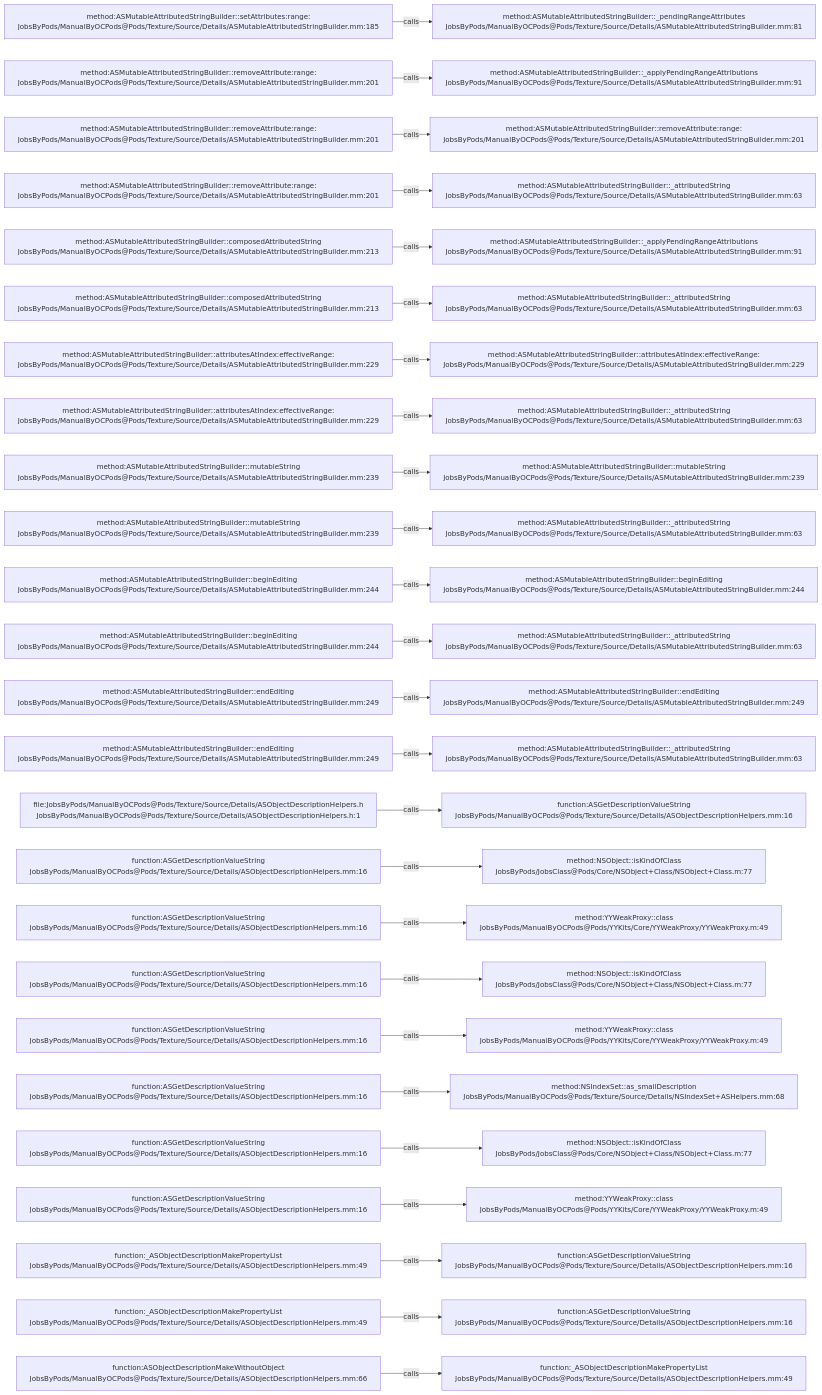
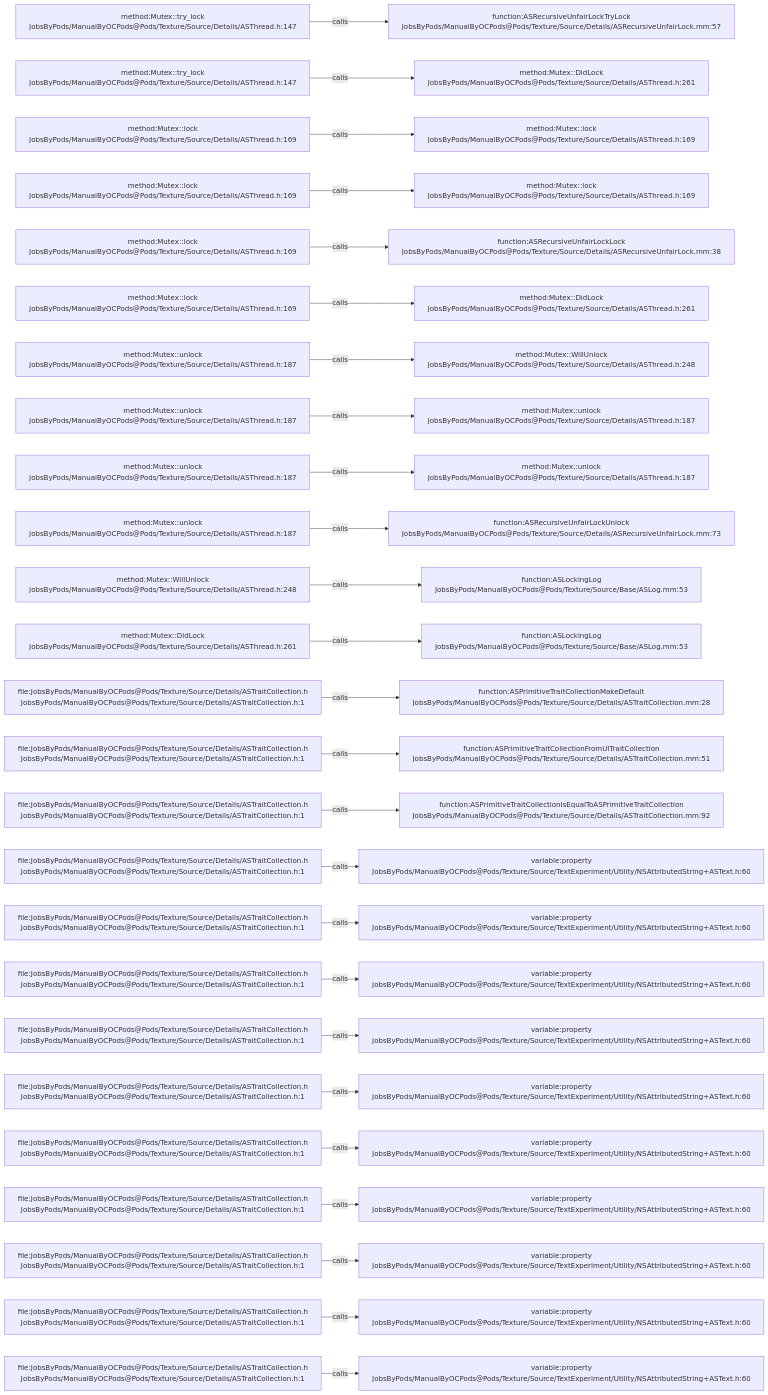
Before and after one commit to JobsKits/JobsOCBaseConfigDemo: the diagram in .codegraph/codegraph.md/graphs/calls-158.md, drawn with Mermaid. The commit also changed 1448 other files, not shown here.

````diff
--- a/.codegraph/codegraph.md/graphs/calls-158.md
+++ b/.codegraph/codegraph.md/graphs/calls-158.md
@@ -13,78 +13,78 @@
 ```mermaid
 flowchart LR
-  S1["method:ASMutableAttributedStringBuilder::setAttributes:range:<br/>JobsByPods/ManualByOCPods@Pods/Texture/Source/Details/ASMutableAttributedStringBuilder.mm:185"]
-  T1["method:ASMutableAttributedStringBuilder::_pendingRangeAttributes<br/>JobsByPods/ManualByOCPods@Pods/Texture/Source/Details/ASMutableAttributedStringBuilder.mm:81"]
+  S1["method:Mutex::try_lock<br/>JobsByPods/ManualByOCPods@Pods/Texture/Source/Details/ASThread.h:147"]
+  T1["function:ASRecursiveUnfairLockTryLock<br/>JobsByPods/ManualByOCPods@Pods/Texture/Source/Details/ASRecursiveUnfairLock.mm:57"]
   S1 -->|calls| T1
-  S2["method:ASMutableAttributedStringBuilder::removeAttribute:range:<br/>JobsByPods/ManualByOCPods@Pods/Texture/Source/Details/ASMutableAttributedStringBuilder.mm:201"]
-  T2["method:ASMutableAttributedStringBuilder::_applyPendingRangeAttributions<br/>JobsByPods/ManualByOCPods@Pods/Texture/Source/Details/ASMutableAttributedStringBuilder.mm:91"]
+  S2["method:Mutex::try_lock<br/>JobsByPods/ManualByOCPods@Pods/Texture/Source/Details/ASThread.h:147"]
+  T2["method:Mutex::DidLock<br/>JobsByPods/ManualByOCPods@Pods/Texture/Source/Details/ASThread.h:261"]
   S2 -->|calls| T2
-  S3["method:ASMutableAttributedStringBuilder::removeAttribute:range:<br/>JobsByPods/ManualByOCPods@Pods/Texture/Source/Details/ASMutableAttributedStringBuilder.mm:201"]
-  T3["method:ASMutableAttributedStringBuilder::removeAttribute:range:<br/>JobsByPods/ManualByOCPods@Pods/Texture/Source/Details/ASMutableAttributedStringBuilder.mm:201"]
+  S3["method:Mutex::lock<br/>JobsByPods/ManualByOCPods@Pods/Texture/Source/Details/ASThread.h:169"]
+  T3["method:Mutex::lock<br/>JobsByPods/ManualByOCPods@Pods/Texture/Source/Details/ASThread.h:169"]
   S3 -->|calls| T3
-  S4["method:ASMutableAttributedStringBuilder::removeAttribute:range:<br/>JobsByPods/ManualByOCPods@Pods/Texture/Source/Details/ASMutableAttributedStringBuilder.mm:201"]
-  T4["method:ASMutableAttributedStringBuilder::_attributedString<br/>JobsByPods/ManualByOCPods@Pods/Texture/Source/Details/ASMutableAttributedStringBuilder.mm:63"]
+  S4["method:Mutex::lock<br/>JobsByPods/ManualByOCPods@Pods/Texture/Source/Details/ASThread.h:169"]
+  T4["method:Mutex::lock<br/>JobsByPods/ManualByOCPods@Pods/Texture/Source/Details/ASThread.h:169"]
   S4 -->|calls| T4
-  S5["method:ASMutableAttributedStringBuilder::composedAttributedString<br/>JobsByPods/ManualByOCPods@Pods/Texture/Source/Details/ASMutableAttributedStringBuilder.mm:213"]
-  T5["method:ASMutableAttributedStringBuilder::_applyPendingRangeAttributions<br/>JobsByPods/ManualByOCPods@Pods/Texture/Source/Details/ASMutableAttributedStringBuilder.mm:91"]
+  S5["method:Mutex::lock<br/>JobsByPods/ManualByOCPods@Pods/Texture/Source/Details/ASThread.h:169"]
+  T5["function:ASRecursiveUnfairLockLock<br/>JobsByPods/ManualByOCPods@Pods/Texture/Source/Details/ASRecursiveUnfairLock.mm:38"]
   S5 -->|calls| T5
-  S6["method:ASMutableAttributedStringBuilder::composedAttributedString<br/>JobsByPods/ManualByOCPods@Pods/Texture/Source/Details/ASMutableAttributedStringBuilder.mm:213"]
-  T6["method:ASMutableAttributedStringBuilder::_attributedString<br/>JobsByPods/ManualByOCPods@Pods/Texture/Source/Details/ASMutableAttributedStringBuilder.mm:63"]
+  S6["method:Mutex::lock<br/>JobsByPods/ManualByOCPods@Pods/Texture/Source/Details/ASThread.h:169"]
+  T6["method:Mutex::DidLock<br/>JobsByPods/ManualByOCPods@Pods/Texture/Source/Details/ASThread.h:261"]
   S6 -->|calls| T6
-  S7["method:ASMutableAttributedStringBuilder::attributesAtIndex:effectiveRange:<br/>JobsByPods/ManualByOCPods@Pods/Texture/Source/Details/ASMutableAttributedStringBuilder.mm:229"]
-  T7["method:ASMutableAttributedStringBuilder::attributesAtIndex:effectiveRange:<br/>JobsByPods/ManualByOCPods@Pods/Texture/Source/Details/ASMutableAttributedStringBuilder.mm:229"]
+  S7["method:Mutex::unlock<br/>JobsByPods/ManualByOCPods@Pods/Texture/Source/Details/ASThread.h:187"]
+  T7["method:Mutex::WillUnlock<br/>JobsByPods/ManualByOCPods@Pods/Texture/Source/Details/ASThread.h:248"]
   S7 -->|calls| T7
-  S8["method:ASMutableAttributedStringBuilder::attributesAtIndex:effectiveRange:<br/>JobsByPods/ManualByOCPods@Pods/Texture/Source/Details/ASMutableAttributedStringBuilder.mm:229"]
-  T8["method:ASMutableAttributedStringBuilder::_attributedString<br/>JobsByPods/ManualByOCPods@Pods/Texture/Source/Details/ASMutableAttributedStringBuilder.mm:63"]
+  S8["method:Mutex::unlock<br/>JobsByPods/ManualByOCPods@Pods/Texture/Source/Details/ASThread.h:187"]
+  T8["method:Mutex::unlock<br/>JobsByPods/ManualByOCPods@Pods/Texture/Source/Details/ASThread.h:187"]
   S8 -->|calls| T8
-  S9["method:ASMutableAttributedStringBuilder::mutableString<br/>JobsByPods/ManualByOCPods@Pods/Texture/Source/Details/ASMutableAttributedStringBuilder.mm:239"]
-  T9["method:ASMutableAttributedStringBuilder::mutableString<br/>JobsByPods/ManualByOCPods@Pods/Texture/Source/Details/ASMutableAttributedStringBuilder.mm:239"]
+  S9["method:Mutex::unlock<br/>JobsByPods/ManualByOCPods@Pods/Texture/Source/Details/ASThread.h:187"]
+  T9["method:Mutex::unlock<br/>JobsByPods/ManualByOCPods@Pods/Texture/Source/Details/ASThread.h:187"]
   S9 -->|calls| T9
-  S10["method:ASMutableAttributedStringBuilder::mutableString<br/>JobsByPods/ManualByOCPods@Pods/Texture/Source/Details/ASMutableAttributedStringBuilder.mm:239"]
-  T10["method:ASMutableAttributedStringBuilder::_attributedString<br/>JobsByPods/ManualByOCPods@Pods/Texture/Source/Details/ASMutableAttributedStringBuilder.mm:63"]
+  S10["method:Mutex::unlock<br/>JobsByPods/ManualByOCPods@Pods/Texture/Source/Details/ASThread.h:187"]
+  T10["function:ASRecursiveUnfairLockUnlock<br/>JobsByPods/ManualByOCPods@Pods/Texture/Source/Details/ASRecursiveUnfairLock.mm:73"]
   S10 -->|calls| T10
-  S11["method:ASMutableAttributedStringBuilder::beginEditing<br/>JobsByPods/ManualByOCPods@Pods/Texture/Source/Details/ASMutableAttributedStringBuilder.mm:244"]
-  T11["method:ASMutableAttributedStringBuilder::beginEditing<br/>JobsByPods/ManualByOCPods@Pods/Texture/Source/Details/ASMutableAttributedStringBuilder.mm:244"]
+  S11["method:Mutex::WillUnlock<br/>JobsByPods/ManualByOCPods@Pods/Texture/Source/Details/ASThread.h:248"]
+  T11["function:ASLockingLog<br/>JobsByPods/ManualByOCPods@Pods/Texture/Source/Base/ASLog.mm:53"]
   S11 -->|calls| T11
-  S12["method:ASMutableAttributedStringBuilder::beginEditing<br/>JobsByPods/ManualByOCPods@Pods/Texture/Source/Details/ASMutableAttributedStringBuilder.mm:244"]
-  T12["method:ASMutableAttributedStringBuilder::_attributedString<br/>JobsByPods/ManualByOCPods@Pods/Texture/Source/Details/ASMutableAttributedStringBuilder.mm:63"]
+  S12["method:Mutex::DidLock<br/>JobsByPods/ManualByOCPods@Pods/Texture/Source/Details/ASThread.h:261"]
+  T12["function:ASLockingLog<br/>JobsByPods/ManualByOCPods@Pods/Texture/Source/Base/ASLog.mm:53"]
   S12 -->|calls| T12
-  S13["method:ASMutableAttributedStringBuilder::endEditing<br/>JobsByPods/ManualByOCPods@Pods/Texture/Source/Details/ASMutableAttributedStringBuilder.mm:249"]
-  T13["method:ASMutableAttributedStringBuilder::endEditing<br/>JobsByPods/ManualByOCPods@Pods/Texture/Source/Details/ASMutableAttributedStringBuilder.mm:249"]
+  S13["file:JobsByPods/ManualByOCPods@Pods/Texture/Source/Details/ASTraitCollection.h<br/>JobsByPods/ManualByOCPods@Pods/Texture/Source/Details/ASTraitCollection.h:1"]
+  T13["function:ASPrimitiveTraitCollectionMakeDefault<br/>JobsByPods/ManualByOCPods@Pods/Texture/Source/Details/ASTraitCollection.mm:28"]
   S13 -->|calls| T13
-  S14["method:ASMutableAttributedStringBuilder::endEditing<br/>JobsByPods/ManualByOCPods@Pods/Texture/Source/Details/ASMutableAttributedStringBuilder.mm:249"]
-  T14["method:ASMutableAttributedStringBuilder::_attributedString<br/>JobsByPods/ManualByOCPods@Pods/Texture/Source/Details/ASMutableAttributedStringBuilder.mm:63"]
+  S14["file:JobsByPods/ManualByOCPods@Pods/Texture/Source/Details/ASTraitCollection.h<br/>JobsByPods/ManualByOCPods@Pods/Texture/Source/Details/ASTraitCollection.h:1"]
+  T14["function:ASPrimitiveTraitCollectionFromUITraitCollection<br/>JobsByPods/ManualByOCPods@Pods/Texture/Source/Details/ASTraitCollection.mm:51"]
   S14 -->|calls| T14
-  S15["file:JobsByPods/ManualByOCPods@Pods/Texture/Source/Details/ASObjectDescriptionHelpers.h<br/>JobsByPods/ManualByOCPods@Pods/Texture/Source/Details/ASObjectDescriptionHelpers.h:1"]
-  T15["function:ASGetDescriptionValueString<br/>JobsByPods/ManualByOCPods@Pods/Texture/Source/Details/ASObjectDescriptionHelpers.mm:16"]
+  S15["file:JobsByPods/ManualByOCPods@Pods/Texture/Source/Details/ASTraitCollection.h<br/>JobsByPods/ManualByOCPods@Pods/Texture/Source/Details/ASTraitCollection.h:1"]
+  T15["function:ASPrimitiveTraitCollectionIsEqualToASPrimitiveTraitCollection<br/>JobsByPods/ManualByOCPods@Pods/Texture/Source/Details/ASTraitCollection.mm:92"]
   S15 -->|calls| T15
-  S16["function:ASGetDescriptionValueString<br/>JobsByPods/ManualByOCPods@Pods/Texture/Source/Details/ASObjectDescriptionHelpers.mm:16"]
-  T16["method:NSObject::isKindOfClass<br/>JobsByPods/JobsClass@Pods/Core/NSObject+Class/NSObject+Class.m:77"]
+  S16["file:JobsByPods/ManualByOCPods@Pods/Texture/Source/Details/ASTraitCollection.h<br/>JobsByPods/ManualByOCPods@Pods/Texture/Source/Details/ASTraitCollection.h:1"]
+  T16["variable:property<br/>JobsByPods/ManualByOCPods@Pods/Texture/Source/TextExperiment/Utility/NSAttributedString+ASText.h:60"]
   S16 -->|calls| T16
-  S17["function:ASGetDescriptionValueString<br/>JobsByPods/ManualByOCPods@Pods/Texture/Source/Details/ASObjectDescriptionHelpers.mm:16"]
-  T17["method:YYWeakProxy::class<br/>JobsByPods/ManualByOCPods@Pods/YYKits/Core/YYWeakProxy/YYWeakProxy.m:49"]
+  S17["file:JobsByPods/ManualByOCPods@Pods/Texture/Source/Details/ASTraitCollection.h<br/>JobsByPods/ManualByOCPods@Pods/Texture/Source/Details/ASTraitCollection.h:1"]
+  T17["variable:property<br/>JobsByPods/ManualByOCPods@Pods/Texture/Source/TextExperiment/Utility/NSAttributedString+ASText.h:60"]
   S17 -->|calls| T17
-  S18["function:ASGetDescriptionValueString<br/>JobsByPods/ManualByOCPods@Pods/Texture/Source/Details/ASObjectDescriptionHelpers.mm:16"]
-  T18["method:NSObject::isKindOfClass<br/>JobsByPods/JobsClass@Pods/Core/NSObject+Class/NSObject+Class.m:77"]
+  S18["file:JobsByPods/ManualByOCPods@Pods/Texture/Source/Details/ASTraitCollection.h<br/>JobsByPods/ManualByOCPods@Pods/Texture/Source/Details/ASTraitCollection.h:1"]
+  T18["variable:property<br/>JobsByPods/ManualByOCPods@Pods/Texture/Source/TextExperiment/Utility/NSAttributedString+ASText.h:60"]
   S18 -->|calls| T18
-  S19["function:ASGetDescriptionValueString<br/>JobsByPods/ManualByOCPods@Pods/Texture/Source/Details/ASObjectDescriptionHelpers.mm:16"]
-  T19["method:YYWeakProxy::class<br/>JobsByPods/ManualByOCPods@Pods/YYKits/Core/YYWeakProxy/YYWeakProxy.m:49"]
+  S19["file:JobsByPods/ManualByOCPods@Pods/Texture/Source/Details/ASTraitCollection.h<br/>JobsByPods/ManualByOCPods@Pods/Texture/Source/Details/ASTraitCollection.h:1"]
+  T19["variable:property<br/>JobsByPods/ManualByOCPods@Pods/Texture/Source/TextExperiment/Utility/NSAttributedString+ASText.h:60"]
   S19 -->|calls| T19
-  S20["function:ASGetDescriptionValueString<br/>JobsByPods/ManualByOCPods@Pods/Texture/Source/Details/ASObjectDescriptionHelpers.mm:16"]
-  T20["method:NSIndexSet::as_smallDescription<br/>JobsByPods/ManualByOCPods@Pods/Texture/Source/Details/NSIndexSet+ASHelpers.mm:68"]
+  S20["file:JobsByPods/ManualByOCPods@Pods/Texture/Source/Details/ASTraitCollection.h<br/>JobsByPods/ManualByOCPods@Pods/Texture/Source/Details/ASTraitCollection.h:1"]
+  T20["variable:property<br/>JobsByPods/ManualByOCPods@Pods/Texture/Source/TextExperiment/Utility/NSAttributedString+ASText.h:60"]
   S20 -->|calls| T20
-  S21["function:ASGetDescriptionValueString<br/>JobsByPods/ManualByOCPods@Pods/Texture/Source/Details/ASObjectDescriptionHelpers.mm:16"]
-  T21["method:NSObject::isKindOfClass<br/>JobsByPods/JobsClass@Pods/Core/NSObject+Class/NSObject+Class.m:77"]
+  S21["file:JobsByPods/ManualByOCPods@Pods/Texture/Source/Details/ASTraitCollection.h<br/>JobsByPods/ManualByOCPods@Pods/Texture/Source/Details/ASTraitCollection.h:1"]
+  T21["variable:property<br/>JobsByPods/ManualByOCPods@Pods/Texture/Source/TextExperiment/Utility/NSAttributedString+ASText.h:60"]
   S21 -->|calls| T21
-  S22["function:ASGetDescriptionValueString<br/>JobsByPods/ManualByOCPods@Pods/Texture/Source/Details/ASObjectDescriptionHelpers.mm:16"]
-  T22["method:YYWeakProxy::class<br/>JobsByPods/ManualByOCPods@Pods/YYKits/Core/YYWeakProxy/YYWeakProxy.m:49"]
+  S22["file:JobsByPods/ManualByOCPods@Pods/Texture/Source/Details/ASTraitCollection.h<br/>JobsByPods/ManualByOCPods@Pods/Texture/Source/Details/ASTraitCollection.h:1"]
+  T22["variable:property<br/>JobsByPods/ManualByOCPods@Pods/Texture/Source/TextExperiment/Utility/NSAttributedString+ASText.h:60"]
   S22 -->|calls| T22
-  S23["function:_ASObjectDescriptionMakePropertyList<br/>JobsByPods/ManualByOCPods@Pods/Texture/Source/Details/ASObjectDescriptionHelpers.mm:49"]
-  T23["function:ASGetDescriptionValueString<br/>JobsByPods/ManualByOCPods@Pods/Texture/Source/Details/ASObjectDescriptionHelpers.mm:16"]
+  S23["file:JobsByPods/ManualByOCPods@Pods/Texture/Source/Details/ASTraitCollection.h<br/>JobsByPods/ManualByOCPods@Pods/Texture/Source/Details/ASTraitCollection.h:1"]
+  T23["variable:property<br/>JobsByPods/ManualByOCPods@Pods/Texture/Source/TextExperiment/Utility/NSAttributedString+ASText.h:60"]
   S23 -->|calls| T23
-  S24["function:_ASObjectDescriptionMakePropertyList<br/>JobsByPods/ManualByOCPods@Pods/Texture/Source/Details/ASObjectDescriptionHelpers.mm:49"]
-  T24["function:ASGetDescriptionValueString<br/>JobsByPods/ManualByOCPods@Pods/Texture/Source/Details/ASObjectDescriptionHelpers.mm:16"]
+  S24["file:JobsByPods/ManualByOCPods@Pods/Texture/Source/Details/ASTraitCollection.h<br/>JobsByPods/ManualByOCPods@Pods/Texture/Source/Details/ASTraitCollection.h:1"]
+  T24["variable:property<br/>JobsByPods/ManualByOCPods@Pods/Texture/Source/TextExperiment/Utility/NSAttributedString+ASText.h:60"]
   S24 -->|calls| T24
-  S25["function:ASObjectDescriptionMakeWithoutObject<br/>JobsByPods/ManualByOCPods@Pods/Texture/Source/Details/ASObjectDescriptionHelpers.mm:66"]
-  T25["function:_ASObjectDescriptionMakePropertyList<br/>JobsByPods/ManualByOCPods@Pods/Texture/Source/Details/ASObjectDescriptionHelpers.mm:49"]
+  S25["file:JobsByPods/ManualByOCPods@Pods/Texture/Source/Details/ASTraitCollection.h<br/>JobsByPods/ManualByOCPods@Pods/Texture/Source/Details/ASTraitCollection.h:1"]
+  T25["variable:property<br/>JobsByPods/ManualByOCPods@Pods/Texture/Source/TextExperiment/Utility/NSAttributedString+ASText.h:60"]
   S25 -->|calls| T25
 ```
````
